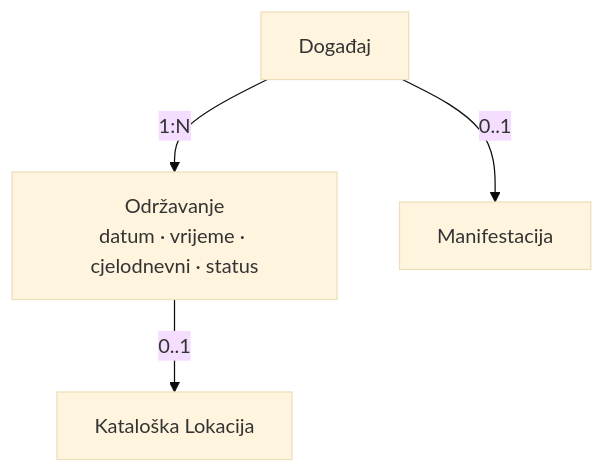
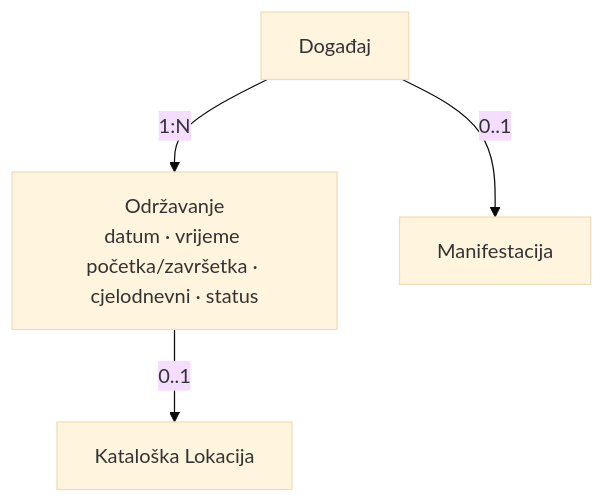
Before and after one commit to GoranOpK/digital.kotor.me: the first of 6 diagrams in docs/technical-specifications/Technical-Specification_Odrzavanje.md, drawn with Mermaid (base theme). The commit also changed other lines of this file and 1 other file, not shown here.

````diff
--- a/docs/technical-specifications/Technical-Specification_Odrzavanje.md
+++ b/docs/technical-specifications/Technical-Specification_Odrzavanje.md
@@ -266,11 +267,11 @@
 ```mermaid
 flowchart TD
   DG[Događaj]
-  OD["Održavanje<br/>datum · vrijeme · cjelodnevni · status"]
+  OD["Održavanje<br/>datum · vrijeme početka/završetka · cjelodnevni · status"]
   LOK[Kataloška Lokacija]
   MF[Manifestacija]
 
   DG -->|1:N| OD
   OD -->|0..1| LOK
   DG -->|0..1| MF
 ```
````
